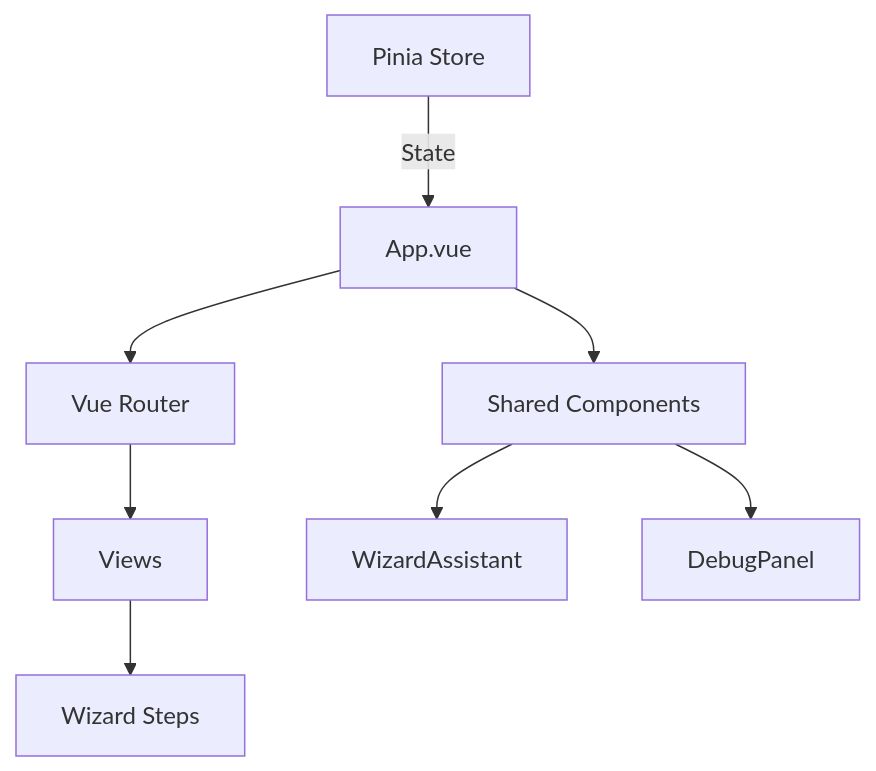
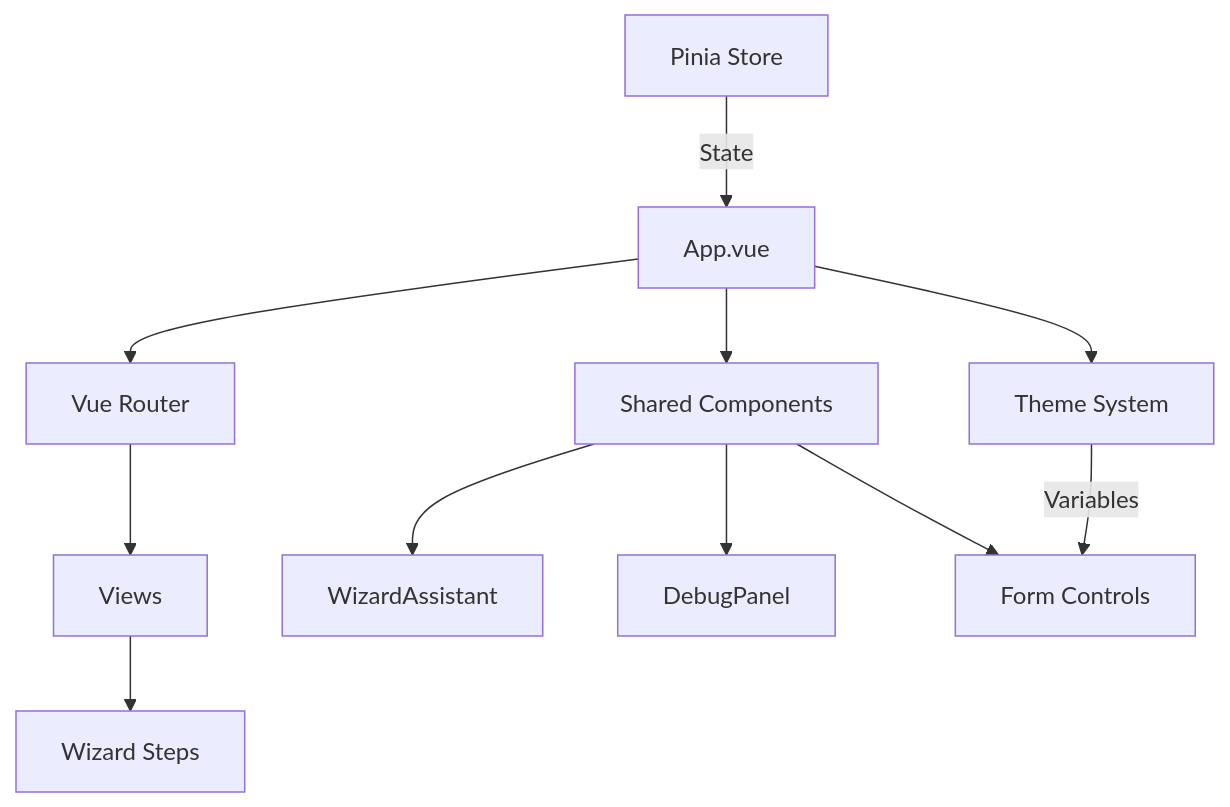
One commit to eric-fern/wizardteach changed the second of 2 diagrams in README.md. Above: the diagram before and after it, drawn with Mermaid. The commit also changed other lines of this file and 1 other file, not shown here.

First line of the commit message:
feat(debug): enhance debug panel UI and align with theme system

````diff
--- a/README.md
+++ b/README.md
@@ -47,17 +50,20 @@
 ```mermaid
 graph TD
     %% Core Application
     APP[App.vue] --> ROUTER[Vue Router]
     ROUTER --> VIEWS[Views]
+    APP --> THEME[Theme System]
     
     %% Main Views & Components
     VIEWS --> WIZARD[Wizard Steps]
     APP --> SHARED[Shared Components]
     
     %% Key Components
     SHARED --> ASSISTANT[WizardAssistant]
     SHARED --> DEBUG[DebugPanel]
+    SHARED --> FORMS[Form Controls]
     
-    %% State
+    %% State & Theme
     STORE[Pinia Store] --> |State| APP
+    THEME --> |Variables| FORMS
 ```
````
